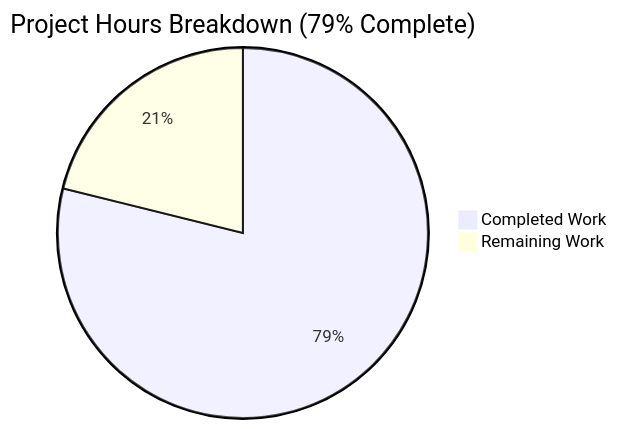
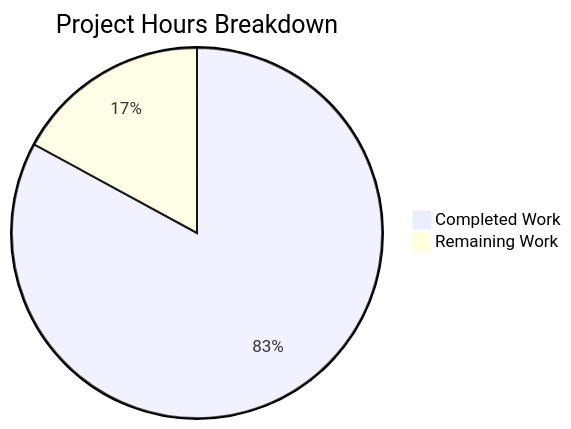
The diagram in blitzy/documentation/Project Guide.md (lakshya-blitzy/Dec_repo_with_valid_mul_files), drawn with Mermaid before and after one commit. The commit also changed other lines of this file, not shown here.

Commit message:
Adding Blitzy Project Guide: Project Status and Human Tasks Remaining

````diff
--- a/blitzy/documentation/Project Guide.md
+++ b/blitzy/documentation/Project Guide.md
@@ -31,5 +33,5 @@
 ```mermaid
-pie title Project Hours Breakdown (79% Complete)
-    "Completed Work" : 56
-    "Remaining Work" : 15
+pie title Project Hours Breakdown
+    "Completed Work" : 68
+    "Remaining Work" : 14
 ```
````
